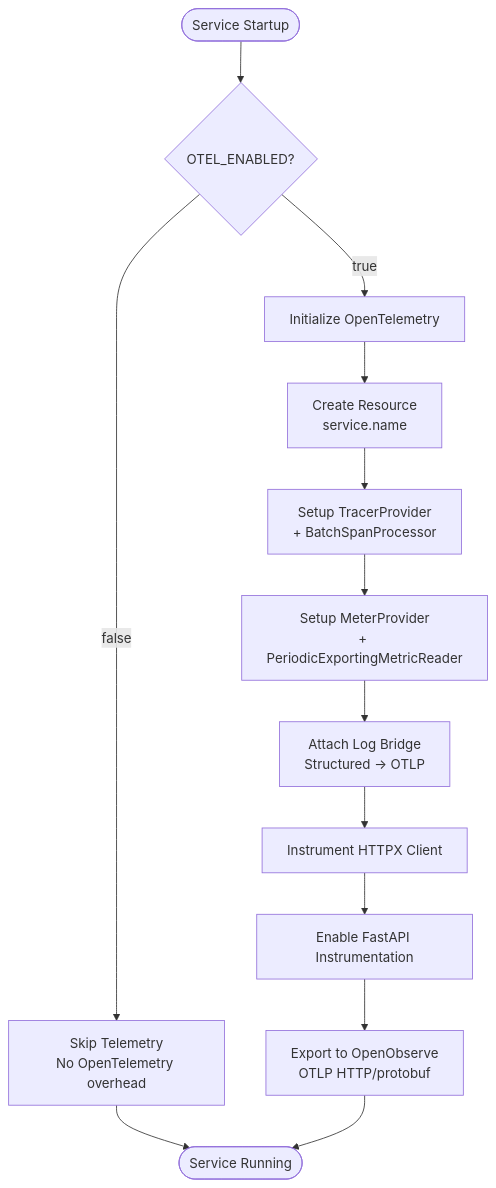
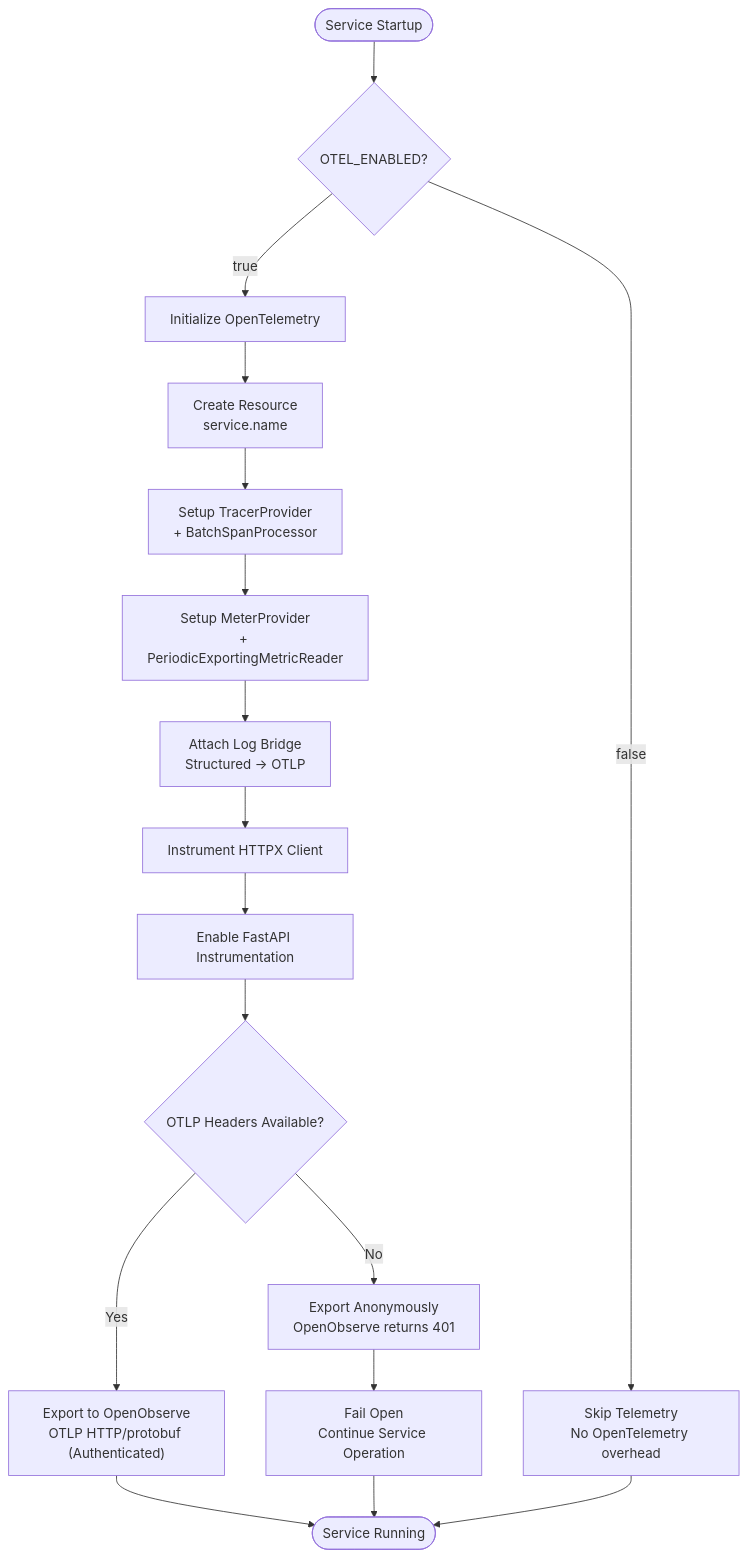
The fourth of 11 diagrams in .qoder/repowiki/en/content/Monitoring and Observability/Monitoring and Observability.md (metasync/luban-aiops), drawn with Mermaid before and after one commit. The commit also changed other lines of this file and 4 other files, not shown here.

````diff
--- a/.qoder/repowiki/en/content/Monitoring and Observability/Monitoring and Observability.md
+++ b/.qoder/repowiki/en/content/Monitoring and Observability/Monitoring and Observability.md
@@ -199,15 +244,19 @@
 ```mermaid
 flowchart TD
 Start(["Service Startup"]) --> CheckEnv{"OTEL_ENABLED?"}
 CheckEnv --> |false| Skip["Skip Telemetry<br/>No OpenTelemetry overhead"]
 CheckEnv --> |true| Init["Initialize OpenTelemetry"]
 Init --> CreateResource["Create Resource<br/>service.name"]
 CreateResource --> SetupTracer["Setup TracerProvider<br/>+ BatchSpanProcessor"]
 SetupTracer --> SetupMeter["Setup MeterProvider<br/>+ PeriodicExportingMetricReader"]
 SetupMeter --> AttachBridge["Attach Log Bridge<br/>Structured → OTLP"]
 AttachBridge --> InstrumentHTTPX["Instrument HTTPX Client"]
 InstrumentHTTPX --> EnableFastAPI["Enable FastAPI Instrumentation"]
-EnableFastAPI --> Export["Export to OpenObserve<br/>OTLP HTTP/protobuf"]
-Skip --> End(["Service Running"])
-Export --> End
+EnableFastAPI --> CheckAuth{"OTLP Headers Available?"}
+CheckAuth --> |Yes| Export["Export to OpenObserve<br/>OTLP HTTP/protobuf (Authenticated)"]
+CheckAuth --> |No| Anonymous["Export Anonymously<br/>OpenObserve returns 401"]
+Anonymous --> FailOpen["Fail Open<br/>Continue Service Operation"]
+Export --> End(["Service Running"])
+FailOpen --> End
+Skip --> End
 ```
````
